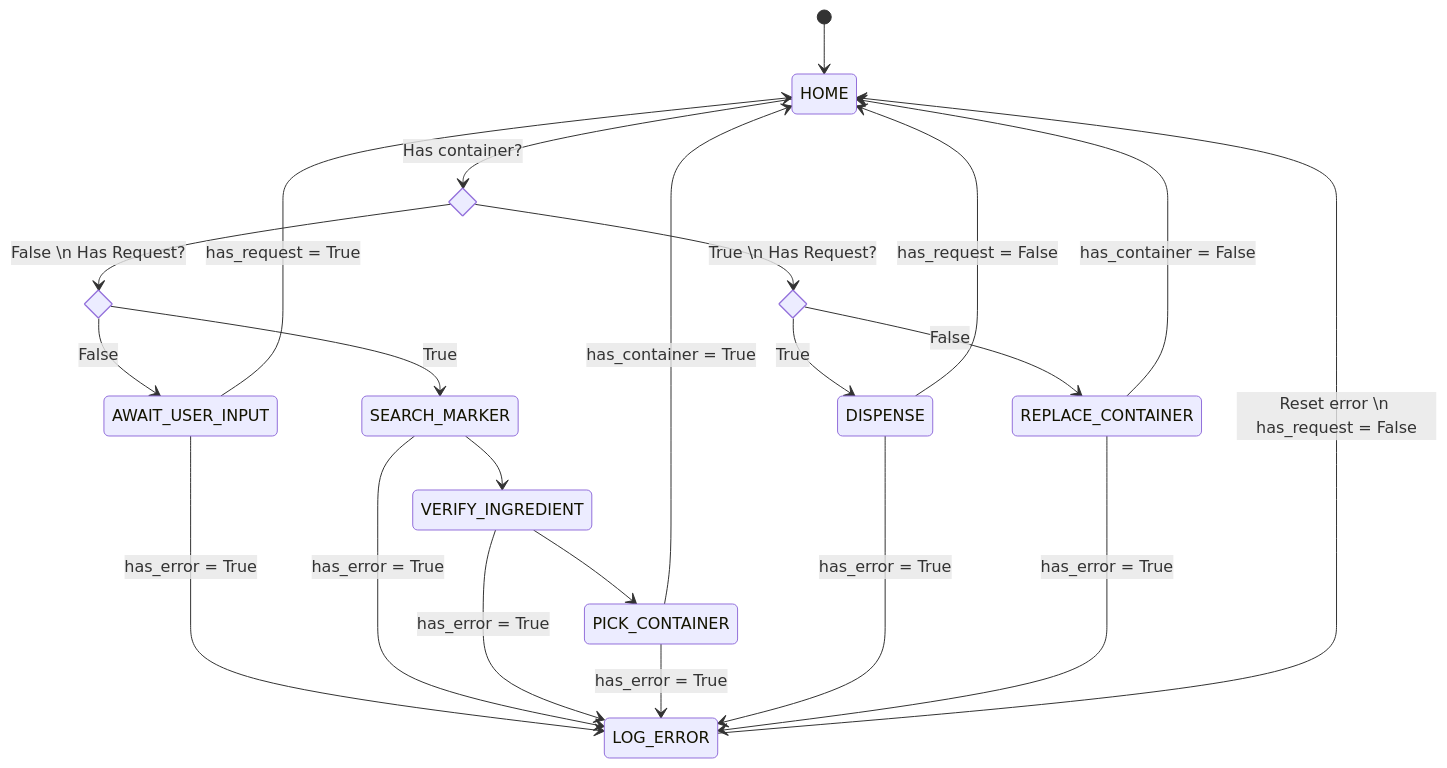
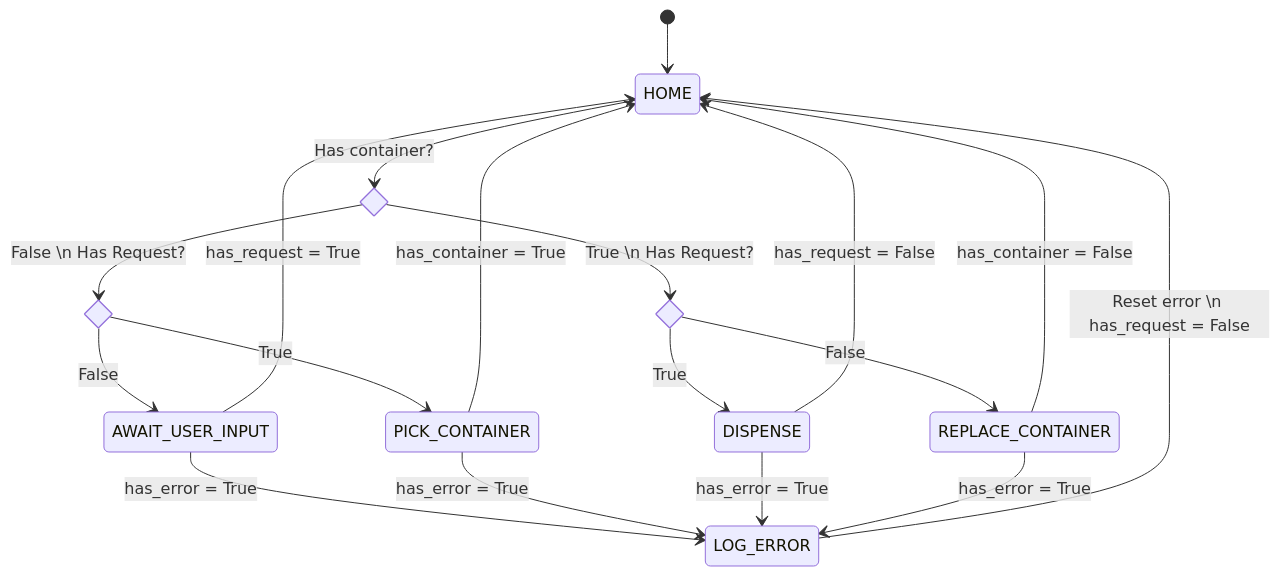
Before and after one commit to ratatouille-robotics/ratatouille_planner: the first of 3 diagrams in README.md, drawn with Mermaid. The commit also changed 23 other files, not shown here.

````diff
--- a/README.md
+++ b/README.md
@@ -7,37 +7,33 @@
 ```mermaid
 stateDiagram-v2
     [*] --> HOME
 
     state has_container <<choice>>
     state has_request1 <<choice>>
     state has_request2 <<choice>>
 
     HOME --> has_container: Has container?
 
     has_container --> has_request1: False \n Has Request?
     has_request1 --> AWAIT_USER_INPUT: False
-    has_request1 --> SEARCH_MARKER: True
+    has_request1 --> PICK_CONTAINER: True
     has_container --> has_request2: True \n Has Request?
     has_request2 --> DISPENSE: True
     has_request2 --> REPLACE_CONTAINER: False
 
     AWAIT_USER_INPUT --> HOME: has_request = True
 
-    SEARCH_MARKER --> VERIFY_INGREDIENT
-    VERIFY_INGREDIENT --> PICK_CONTAINER
     PICK_CONTAINER --> HOME: has_container = True
 
     REPLACE_CONTAINER --> HOME: has_container = False
 
     DISPENSE --> HOME: has_request = False
 
     LOG_ERROR --> HOME: Reset error \n has_request = False
 
     AWAIT_USER_INPUT --> LOG_ERROR: has_error = True
-    SEARCH_MARKER --> LOG_ERROR: has_error = True
-    VERIFY_INGREDIENT --> LOG_ERROR: has_error = True
     PICK_CONTAINER --> LOG_ERROR: has_error = True
     DISPENSE --> LOG_ERROR: has_error = True
     REPLACE_CONTAINER --> LOG_ERROR: has_error = True
 
 ```
````
